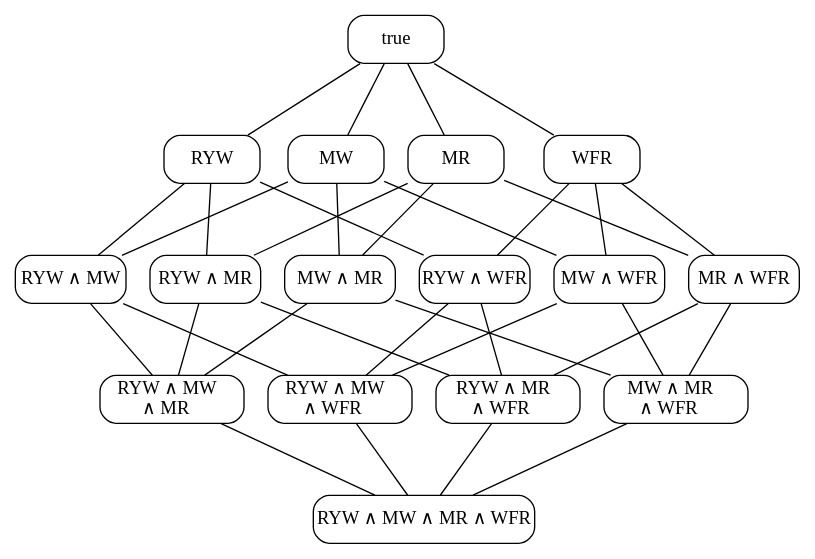
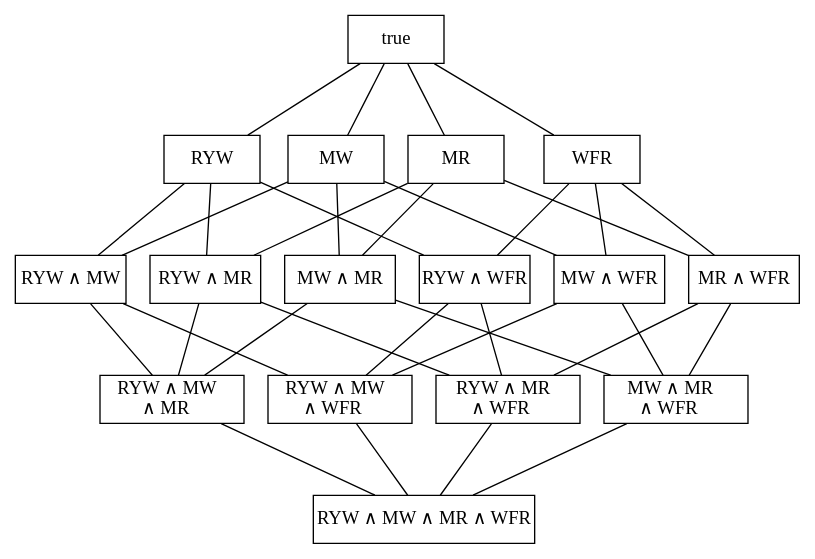
The diagram in Dot/lattice.dot (kayceesrk/QueleaPaper), drawn with Graphviz before and after one commit. The commit also changed 2 other files, not shown here.

Commit message:
Edits to Lattice figure. Edits to caption for atomicity implementation.

```diff
--- a/Dot/lattice.dot
+++ b/Dot/lattice.dot
@@ -1,52 +1,52 @@
 graph G {
   graph [ranksep=0.75];
-  node [shape=box, style=rounded, fixedsize = true, width=1];
+  node [shape=box, fixedsize = true, width=1];
   subgraph l0 {
     rank = "min";
     l0n0 [label="true"];
   }
   l0n0 -- {l1n0 l1n1 l1n2 l1n3};
   subgraph l1 {
     rank = "same";
     l1n0 [label="RYW"];
     l1n1 [label="MW"];
     l1n2 [label="MR"];
     l1n3 [label="WFR"];
   }
   subgraph l2 {
     rank = "same";
     node [fixedsize=true,width=1.15];
     l2n0 [label="RYW &and; MW"];
     l2n1 [label="RYW &and; MR"];
     l2n2 [label="RYW &and; WFR"];
     l2n3 [label="MW &and; MR"];
     l2n4 [label="MW &and; WFR"];
     l2n5 [label="MR &and; WFR"];
   }
   l1n0 -- {l2n0 l2n1 l2n2};
   l1n1 -- {l2n0 l2n3 l2n4};
   l1n2 -- {l2n1 l2n3 l2n5};
   l1n3 -- {l2n2 l2n4 l2n5};
 
   subgraph l3 {
     node [fixedsize=true,width=1.5];
     rank = "same"
     l3n0 [label=<RYW &and; MW<br/> &and; MR>];
     l3n1 [label=<RYW &and; MW<br/> &and; WFR>];
     l3n2 [label=<RYW &and; MR<br/> &and; WFR>];
     l3n3 [label=<MW &and; MR<br/> &and; WFR>];
   }
   l2n0 -- {l3n0 l3n1};
   l2n1 -- {l3n0 l3n2};
   l2n2 -- {l3n1 l3n2};
   l2n3 -- {l3n0 l3n3};
   l2n4 -- {l3n1 l3n3};
   l2n5 -- {l3n2 l3n3};
 
   subgraph l4 {
     node [fixedsize=true,width=2.3];
     rank = "max";
     l4n0 [label="RYW &and; MW &and; MR &and; WFR"];
   }
   {l3n0 l3n1 l3n2 l3n3} -- l4n0;
 }
```
